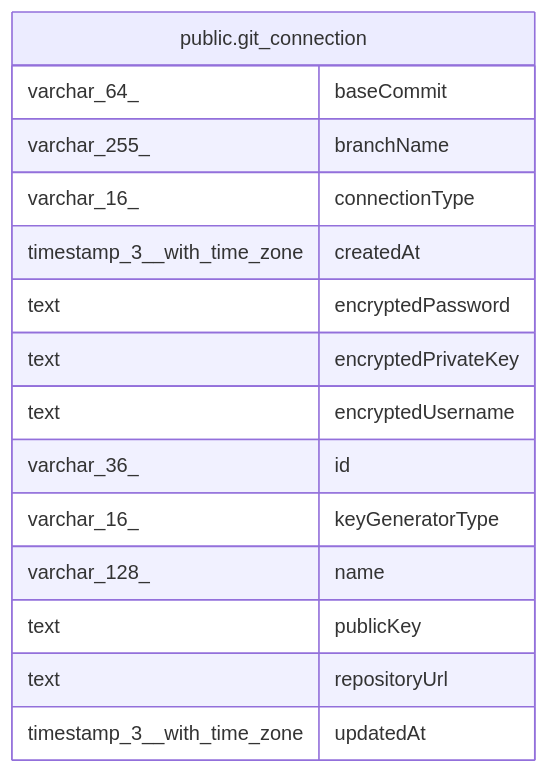
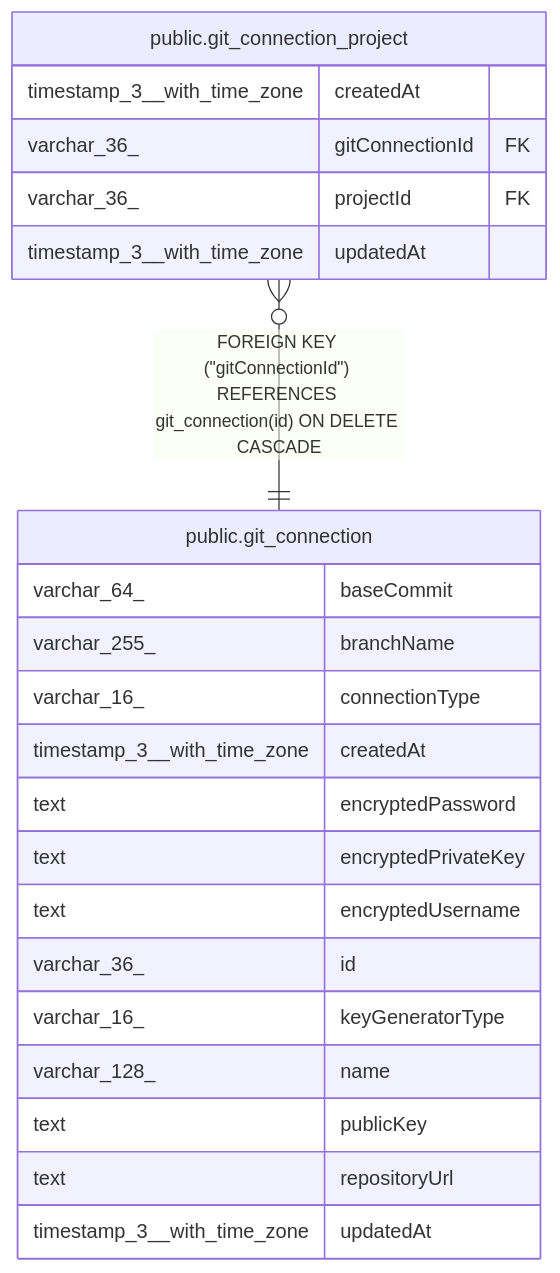
The diagram in docs/generated/postgres-schema/public.git_connection.md (achuDk/n8n), drawn with Mermaid before and after one commit. The commit also changed other lines of this file and 28 other files, not shown here.

First line of the commit message:
feat(API): Assign a project to a git connection (no-changelog)

````diff
--- a/docs/generated/postgres-schema/public.git_connection.md
+++ b/docs/generated/postgres-schema/public.git_connection.md
@@ -43,20 +43,27 @@
 ```mermaid
 erDiagram
 
+"public.git_connection_project" }o--|| "public.git_connection" : "FOREIGN KEY (#quot;gitConnectionId#quot;) REFERENCES git_connection(id) ON DELETE CASCADE"
 
 "public.git_connection" {
   varchar_64_ baseCommit
   varchar_255_ branchName
   varchar_16_ connectionType
   timestamp_3__with_time_zone createdAt
   text encryptedPassword
   text encryptedPrivateKey
   text encryptedUsername
   varchar_36_ id
   varchar_16_ keyGeneratorType
   varchar_128_ name
   text publicKey
   text repositoryUrl
   timestamp_3__with_time_zone updatedAt
 }
+"public.git_connection_project" {
+  timestamp_3__with_time_zone createdAt
+  varchar_36_ gitConnectionId FK
+  varchar_36_ projectId FK
+  timestamp_3__with_time_zone updatedAt
+}
 ```
````
